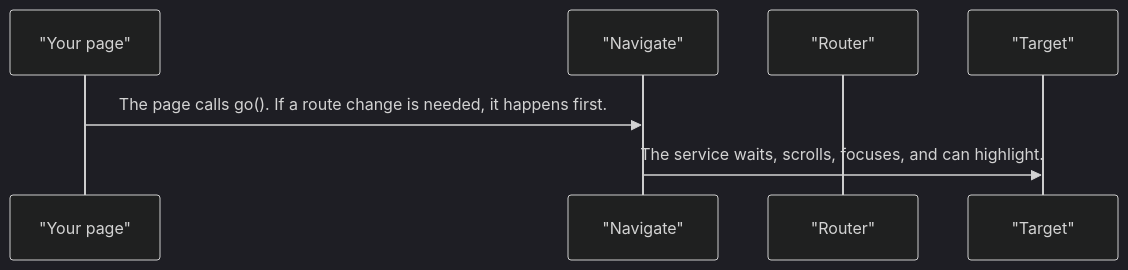
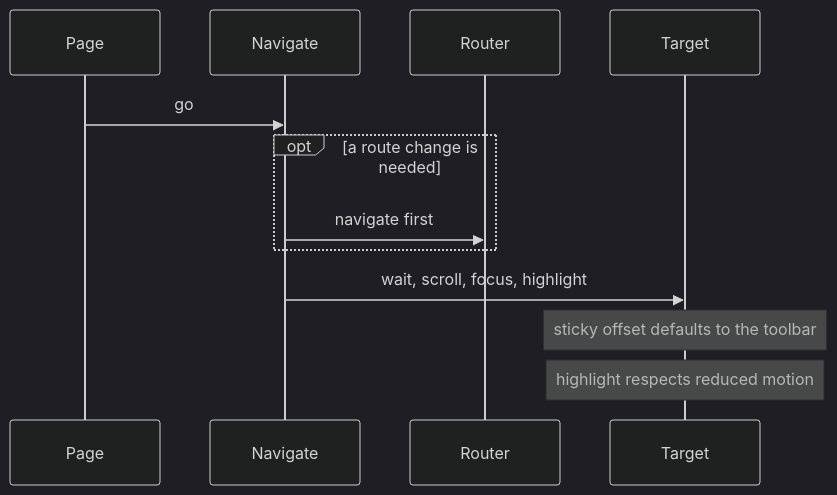
One commit to RajshekharBorate/pixel-ui changed the second of 4 diagrams in projects/pixel-ui/src/lib/services/navigate/DESIGN.md. Above: the diagram before and after it, drawn with Mermaid (dark theme). The commit also changed other lines of this file and 73 other files, not shown here.

Commit message:
Explain who owns each value and what each flow does in every component and service design.

````diff
--- a/projects/pixel-ui/src/lib/services/navigate/DESIGN.md
+++ b/projects/pixel-ui/src/lib/services/navigate/DESIGN.md
@@ -52,9 +74,14 @@
 ```mermaid
 sequenceDiagram
-  participant page as "Your page"
-  participant nav as "Navigate"
-  participant router as "Router"
-  participant target as "Target"
-  page->>nav: The page calls go(). If a route change is needed, it happens first.
-  nav->>target: The service waits, scrolls, focuses, and can highlight.
+  participant Page
+  participant Nav as Navigate
+  participant Router
+  participant Target
+  Page->>Nav: go
+  opt a route change is needed
+    Nav->>Router: navigate first
+  end
+  Nav->>Target: wait, scroll, focus, highlight
+  Note over Target: sticky offset defaults to the toolbar
+  Note over Target: highlight respects reduced motion
 ```
````
